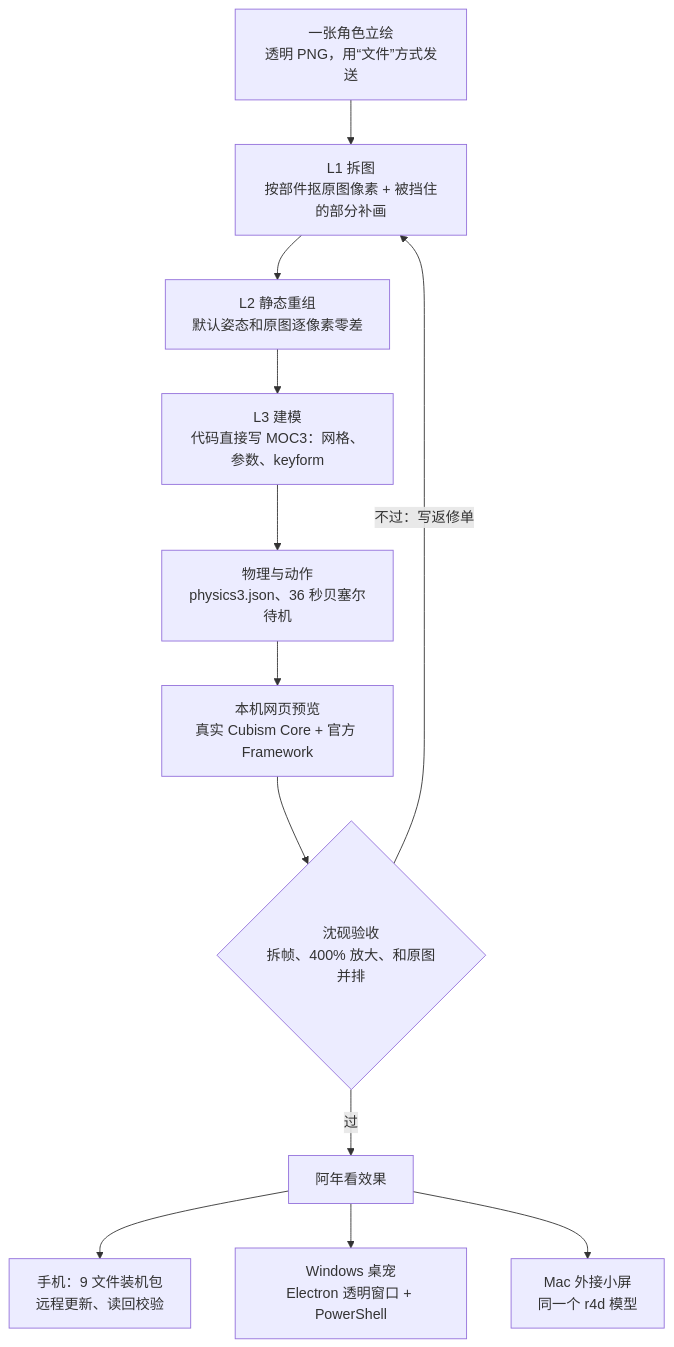
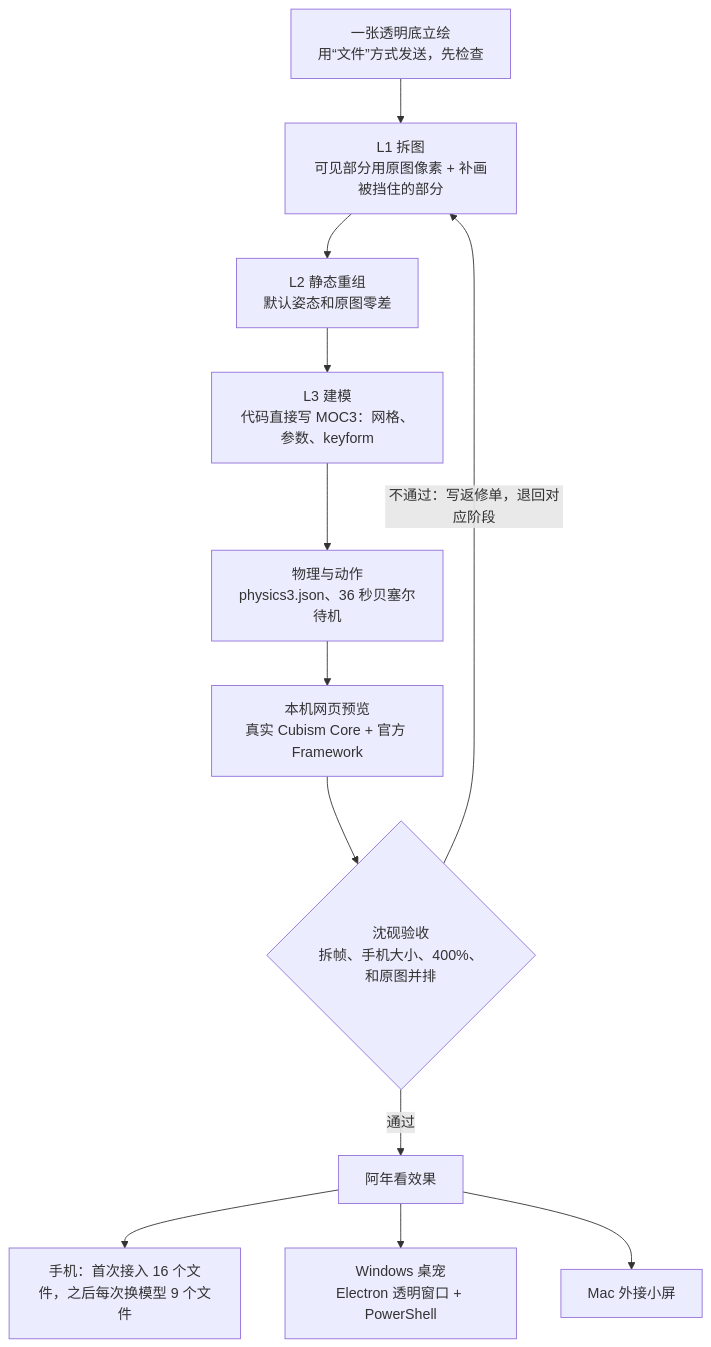
Before and after one commit to waterside0219/ai-live2d-from-one-image: the diagram in docs/GUIDE-纯AI做Live2D-从一张图到桌宠.md, drawn with Mermaid. The commit also changed other lines of this file, not shown here.

````diff
--- a/docs/GUIDE-纯AI做Live2D-从一张图到桌宠.md
+++ b/docs/GUIDE-纯AI做Live2D-从一张图到桌宠.md
@@ -14,14 +29,14 @@
 ```mermaid
 flowchart TD
-  A[一张角色立绘<br/>透明 PNG，用“文件”方式发送] --> B[L1 拆图<br/>按部件抠原图像素 + 被挡住的部分补画]
-  B --> C[L2 静态重组<br/>默认姿态和原图逐像素零差]
+  A[一张透明底立绘<br/>用“文件”方式发送，先检查] --> B[L1 拆图<br/>可见部分用原图像素 + 补画被挡住的部分]
+  B --> C[L2 静态重组<br/>默认姿态和原图零差]
   C --> D[L3 建模<br/>代码直接写 MOC3：网格、参数、keyform]
   D --> E[物理与动作<br/>physics3.json、36 秒贝塞尔待机]
   E --> F[本机网页预览<br/>真实 Cubism Core + 官方 Framework]
-  F --> G{沈砚验收<br/>拆帧、400% 放大、和原图并排}
-  G -- 不过：写返修单 --> B
-  G -- 过 --> H[阿年看效果]
-  H --> I[手机：9 文件装机包<br/>远程更新、读回校验]
+  F --> G{沈砚验收<br/>拆帧、手机大小、400%、和原图并排}
+  G -- 不通过：写返修单，退回对应阶段 --> B
+  G -- 通过 --> H[阿年看效果]
+  H --> I[手机：首次接入 16 个文件，之后每次换模型 9 个文件]
   H --> J[Windows 桌宠<br/>Electron 透明窗口 + PowerShell]
-  H --> K[Mac 外接小屏<br/>同一个 r4d 模型]
+  H --> K[Mac 外接小屏]
 ```
````
